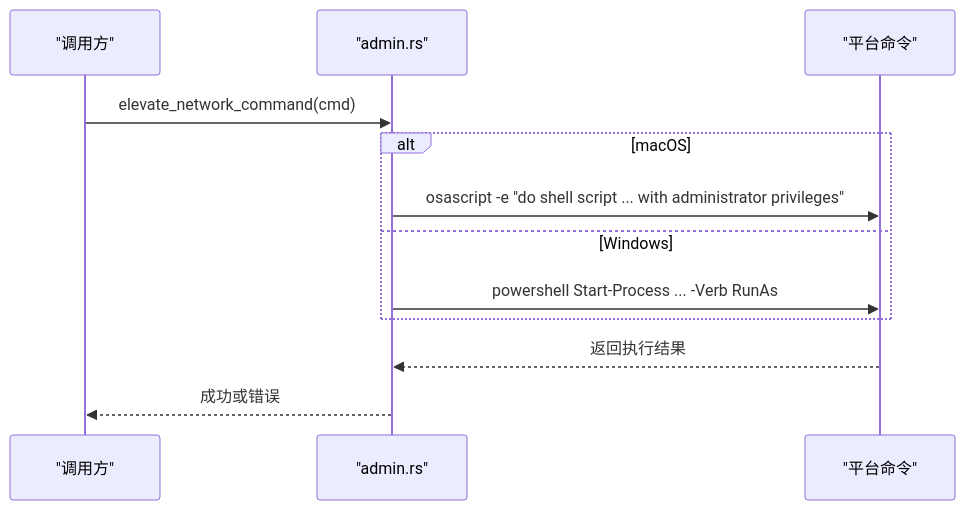
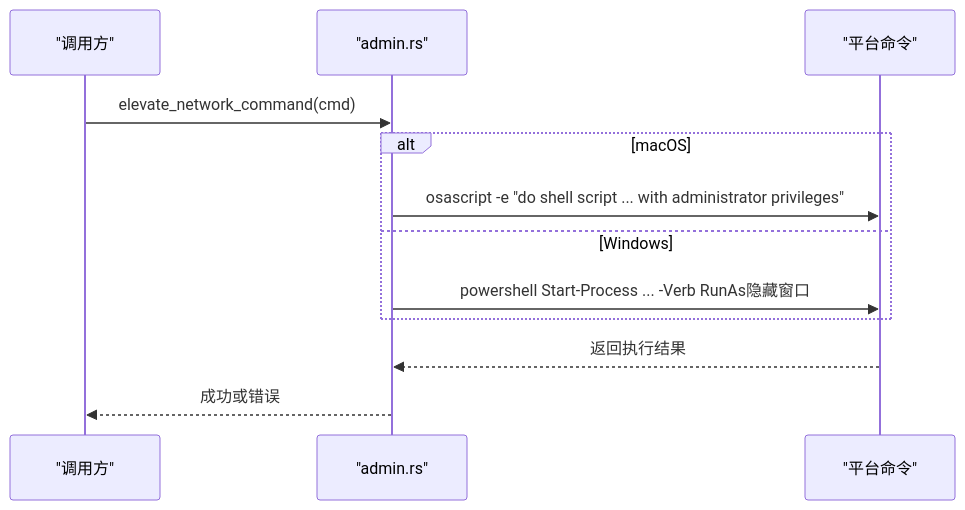
Before and after one commit to xdongliang/IPSwitcher: the sixth of 9 diagrams in .qoder/repowiki/zh/content/后端开发指南/平台集成.md, drawn with Mermaid. The commit also changed other lines of this file and 3 other files, not shown here.

````diff
--- a/.qoder/repowiki/zh/content/后端开发指南/平台集成.md
+++ b/.qoder/repowiki/zh/content/后端开发指南/平台集成.md
@@ -290,14 +332,14 @@
 ```mermaid
 sequenceDiagram
 participant Caller as "调用方"
 participant Admin as "admin.rs"
 participant OS as "平台命令"
 Caller->>Admin : elevate_network_command(cmd)
 alt macOS
 Admin->>OS : osascript -e "do shell script ... with administrator privileges"
 else Windows
-Admin->>OS : powershell Start-Process ... -Verb RunAs
+Admin->>OS : powershell Start-Process ... -Verb RunAs隐藏窗口
 end
 OS-->>Admin : 返回执行结果
 Admin-->>Caller : 成功或错误
 ```
````
